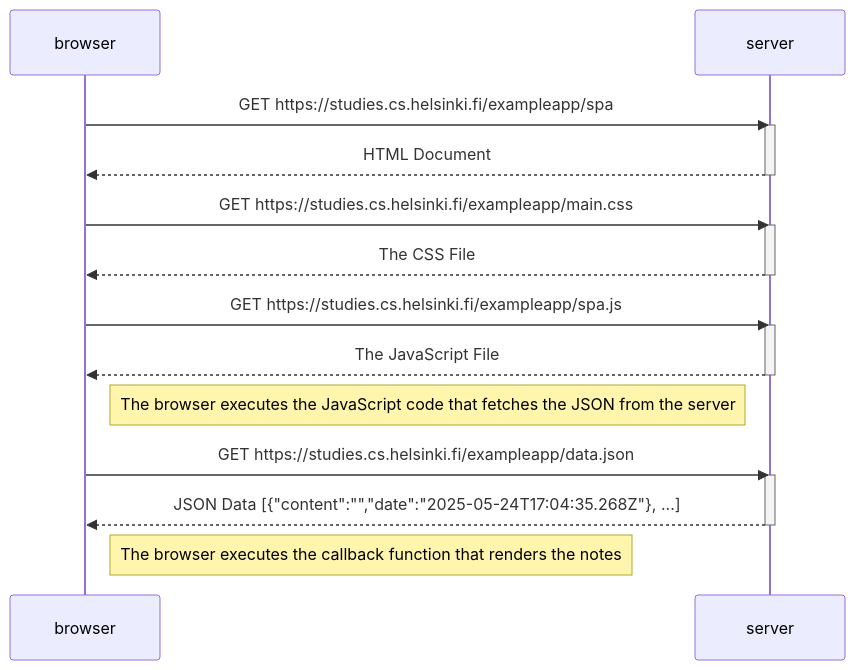
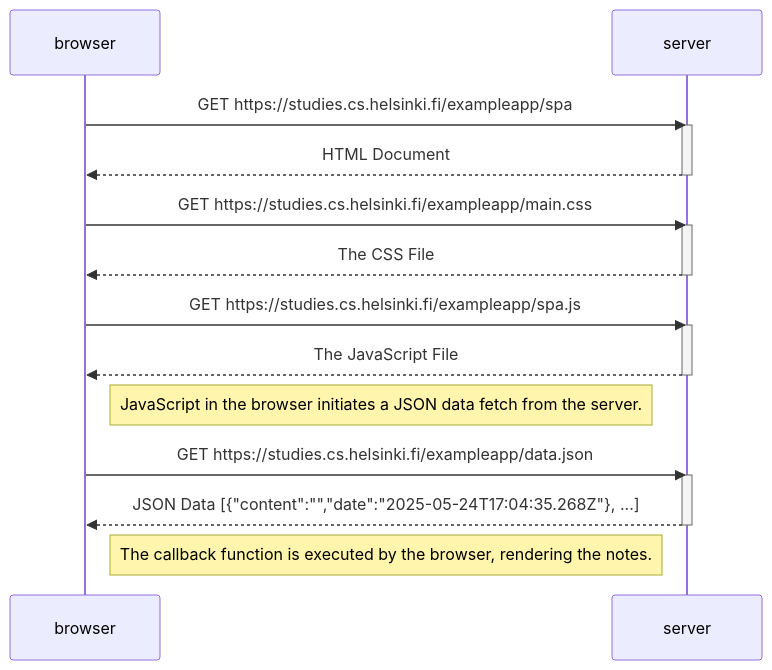
Before and after one commit to moysush/fullstackopen: the diagram in part0/0_5_single_page_app_diagram.md, drawn with Mermaid.

````diff
--- a/part0/0_5_single_page_app_diagram.md
+++ b/part0/0_5_single_page_app_diagram.md
@@ -1,29 +1,29 @@
 ```mermaid
 sequenceDiagram
   participant browser as browser
   participant server as server
 
   browser ->> server: GET https://studies.cs.helsinki.fi/exampleapp/spa
   activate server
   server -->> browser: HTML Document
   deactivate server
 
   browser ->> server: GET https://studies.cs.helsinki.fi/exampleapp/main.css
   activate server
   server -->> browser: The CSS File
   deactivate server
 
   browser ->> server: GET https://studies.cs.helsinki.fi/exampleapp/spa.js
   activate server
   server -->> browser: The JavaScript File
   deactivate server
 
-  Note right of browser: The browser executes the JavaScript code that fetches the JSON from the server
+  Note right of browser: JavaScript in the browser initiates a JSON data fetch from the server.
   
   browser ->> server: GET https://studies.cs.helsinki.fi/exampleapp/data.json
   activate server
   server -->> browser: JSON Data [{"content":"","date":"2025-05-24T17:04:35.268Z"}, ...]
   deactivate server
 
-  Note right of browser: The browser executes the callback function that renders the notes
+  Note right of browser: The callback function is executed by the browser, rendering the notes.
 ```
````
